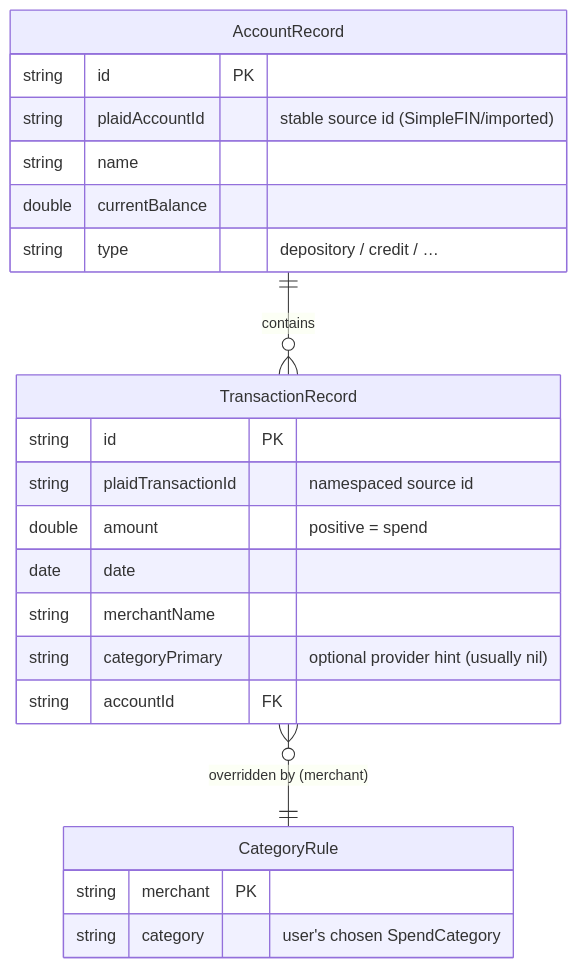
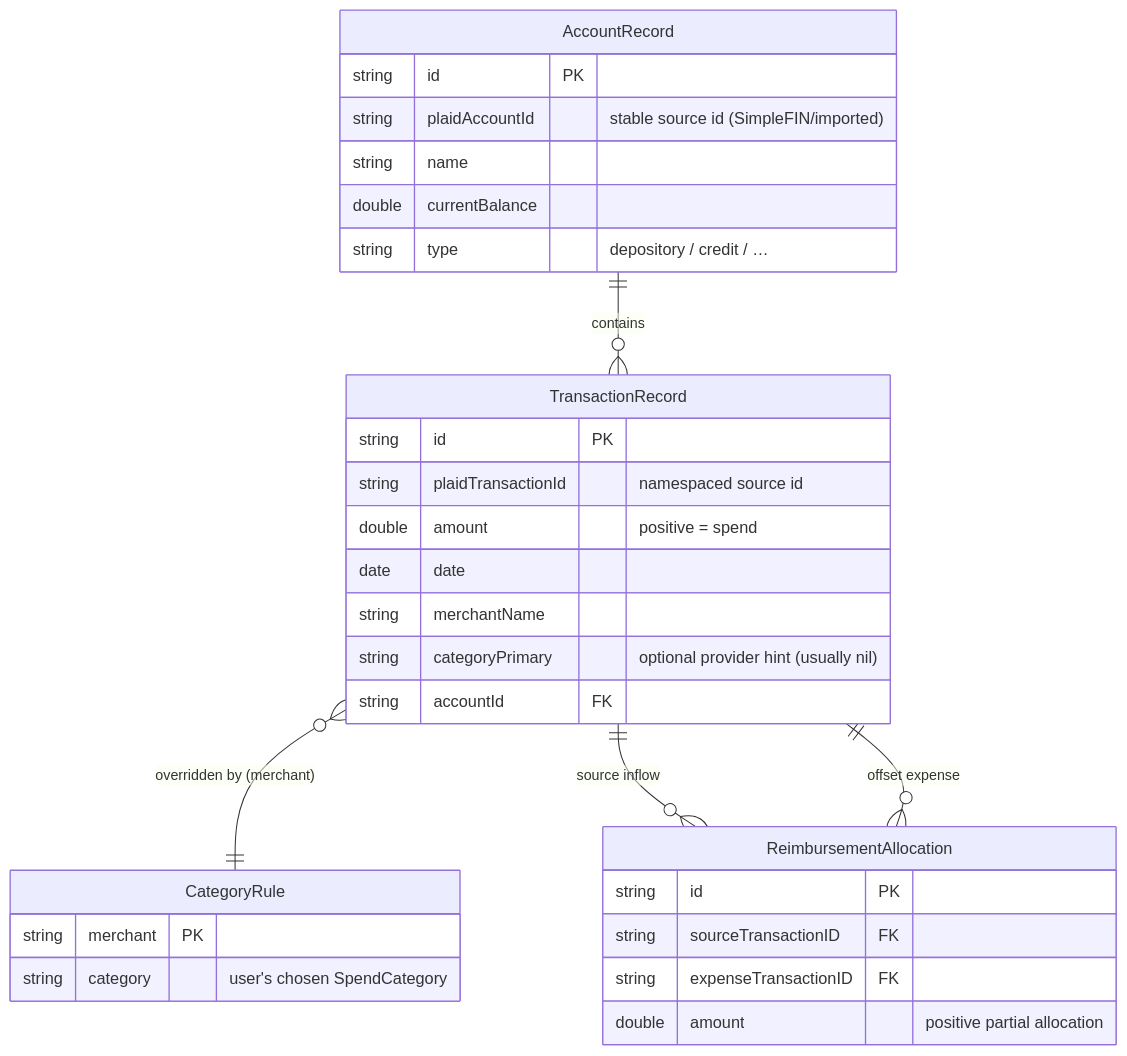
The seventh of 7 diagrams in docs/ARCHITECTURE.md (VamsiRatnakaram/PocketLocket), drawn with Mermaid before and after one commit. The commit also changed other lines of this file and 28 other files, not shown here.

````diff
--- a/docs/ARCHITECTURE.md
+++ b/docs/ARCHITECTURE.md
@@ -243,26 +244,34 @@
 ```mermaid
 erDiagram
     AccountRecord ||--o{ TransactionRecord : contains
     TransactionRecord }o--|| CategoryRule : "overridden by (merchant)"
+    TransactionRecord ||--o{ ReimbursementAllocation : "source inflow"
+    TransactionRecord ||--o{ ReimbursementAllocation : "offset expense"
 
     AccountRecord {
         string id PK
         string plaidAccountId "stable source id (SimpleFIN/imported)"
         string name
         double currentBalance
         string type "depository / credit / …"
     }
     TransactionRecord {
         string id PK
         string plaidTransactionId "namespaced source id"
         double amount "positive = spend"
         date date
         string merchantName
         string categoryPrimary "optional provider hint (usually nil)"
         string accountId FK
     }
     CategoryRule {
         string merchant PK
         string category "user's chosen SpendCategory"
     }
+    ReimbursementAllocation {
+      string id PK
+      string sourceTransactionID FK
+      string expenseTransactionID FK
+      double amount "positive partial allocation"
+    }
 ```
````
